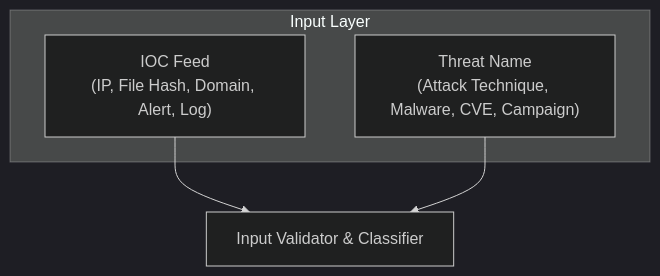
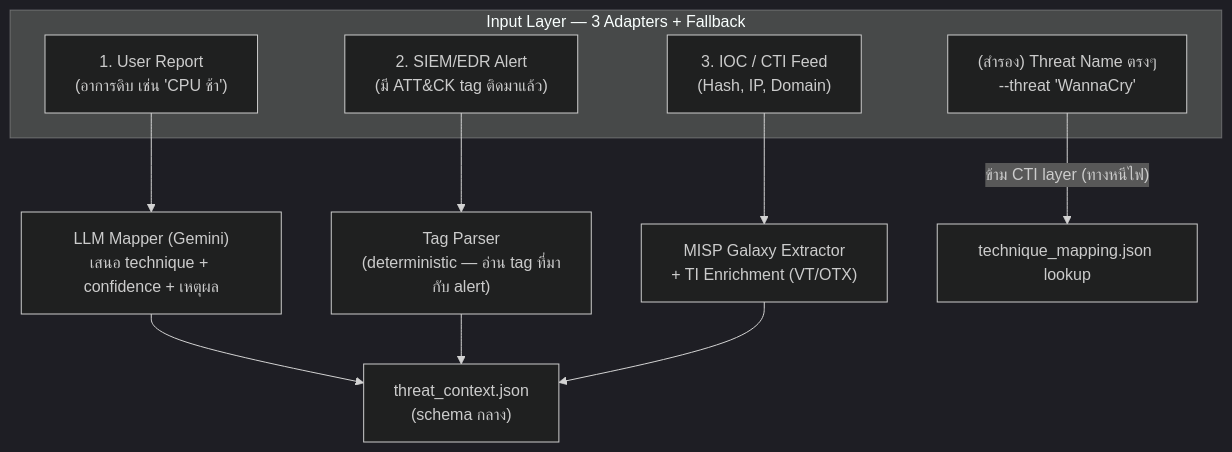
The second of 14 diagrams in architecture.md (Chaithawatcer/omnissiah-playbook-workflow), drawn with Mermaid (dark theme) before and after one commit. The commit also changed other lines of this file and 3 other files, not shown here.

First line of the commit message:
docs: update architecture to CTI/human-in-the-loop design + add DB inspector GUI

````diff
--- a/architecture.md
+++ b/architecture.md
@@ -62,9 +67,16 @@
 ```mermaid
 graph TD
-    subgraph InputLayer ["Input Layer"]
-        ioc["IOC Feed\n(IP, File Hash, Domain, Alert, Log)"]
-        threat["Threat Name\n(Attack Technique, Malware, CVE, Campaign)"]
+    subgraph InputLayer ["Input Layer — 3 Adapters + Fallback"]
+        rpt["1. User Report\n(อาการดิบ เช่น 'CPU ช้า')"]
+        alert["2. SIEM/EDR Alert\n(มี ATT&CK tag ติดมาแล้ว)"]
+        ioc["3. IOC / CTI Feed\n(Hash, IP, Domain)"]
+        direct["(สำรอง) Threat Name ตรงๆ\n--threat 'WannaCry'"]
     end
-    ioc --> val["Input Validator & Classifier"]
-    threat --> val
+    rpt --> ad1["LLM Mapper (Gemini)\nเสนอ technique + confidence + เหตุผล"]
+    alert --> ad2["Tag Parser\n(deterministic — อ่าน tag ที่มากับ alert)"]
+    ioc --> ad3["MISP Galaxy Extractor\n+ TI Enrichment (VT/OTX)"]
+    ad1 --> ctx["threat_context.json\n(schema กลาง)"]
+    ad2 --> ctx
+    ad3 --> ctx
+    direct -- "ข้าม CTI layer (ทางหนีไฟ)" --> map2["technique_mapping.json lookup"]
 ```
````
